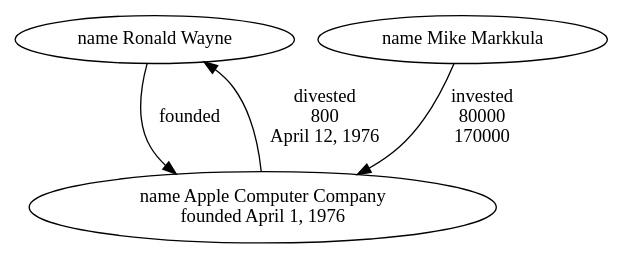
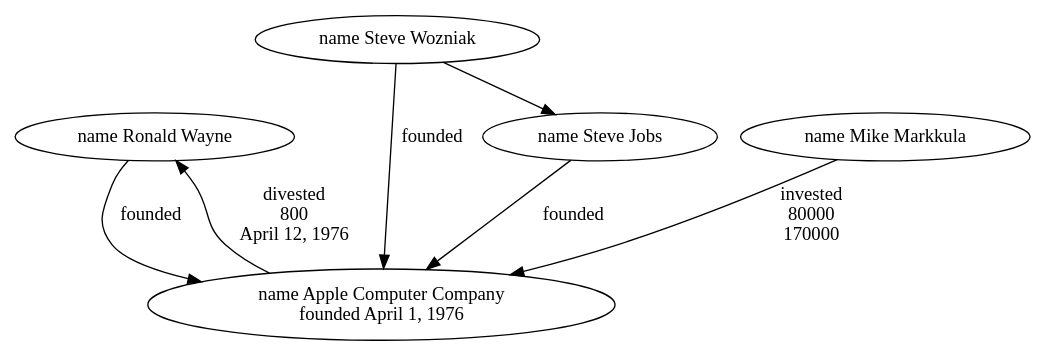
Before and after one commit to dpapathanasiou/simple-graph: the diagram in .examples/apple.dot, drawn with Graphviz. The commit also changed 4 other files, not shown here.

```diff
--- a/.examples/apple.dot
+++ b/.examples/apple.dot
@@ -1,8 +1,13 @@
 digraph {
 	4 [label="name Ronald Wayne"]
 	1 -> 4 [label="divested\n800\nApril 12, 1976"]
 	4 -> 1 [label=founded]
 	1 [label="name Apple Computer Company\nfounded April 1, 1976"]
+	2 -> 1 [label=founded]
+	3 -> 1 [label=founded]
 	5 -> 1 [label="invested\n80000\n170000"]
+	2 [label="name Steve Wozniak"]
+	2 -> 3
+	3 [label="name Steve Jobs"]
 	5 [label="name Mike Markkula"]
 }
```
